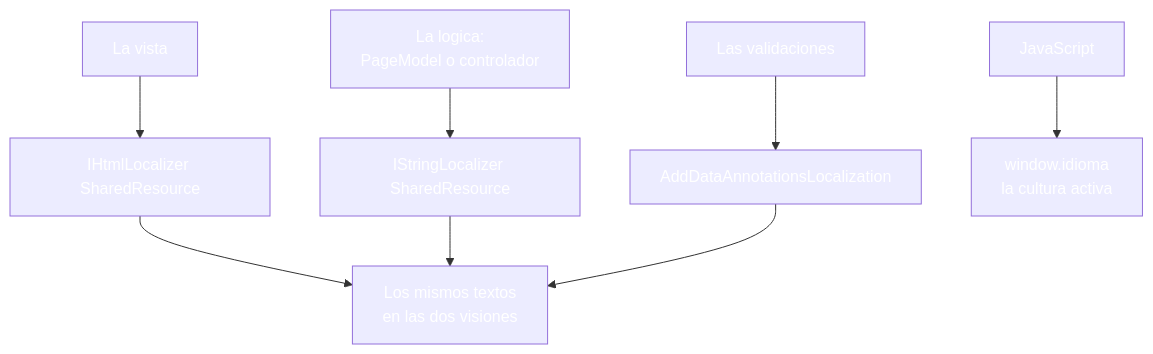
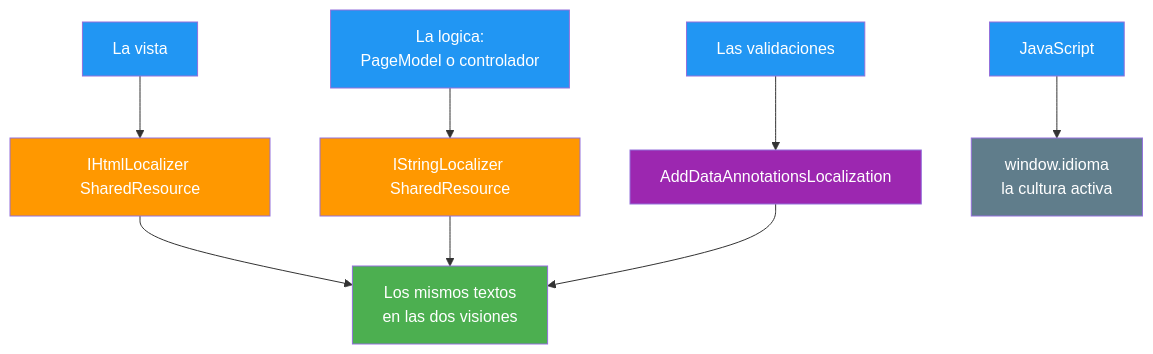
The fourth of 5 diagrams in 22-i18n-localizacion.md (joseluisgs/DesarrolloWebEntornosServidor-03-2026-2027), drawn with Mermaid before and after one commit. The commit also changed other lines of this file and 25 other files, not shown here.

Commit message:
docs: corregir los estilos Mermaid de los temas y alinear el dominio del tema 25 con ProductosApp

````diff
--- a/22-i18n-localizacion.md
+++ b/22-i18n-localizacion.md
@@ -378,19 +378,19 @@
 ```mermaid
 graph TD
     V["La vista"] --> HL["IHtmlLocalizer SharedResource"]
     L["La logica:<br/>PageModel o controlador"] --> SL["IStringLocalizer SharedResource"]
     F["Las validaciones"] --> DA["AddDataAnnotationsLocalization"]
     J["JavaScript"] --> G["window.idioma<br/>la cultura activa"]
     HL --> T["Los mismos textos<br/>en las dos visiones"]
     SL --> T
     DA --> T
-    style V fill:#2196F,color:#fff3,color:#fff
-    style L fill:#2196F,color:#fff3,color:#fff
-    style F fill:#2196F,color:#fff3,color:#fff
-    style J fill:#2196F,color:#fff3,color:#fff
-    style HL fill:#FF980,color:#fff0,color:#fff
-    style SL fill:#FF980,color:#fff0,color:#fff
-    style DA fill:#9C27B,color:#fff0,color:#fff
-    style G fill:#607D8,color:#fffB,color:#fff
-    style T fill:#4CAF5,color:#fff0,color:#fff
+    style V fill:#2196F3,color:#fff
+    style L fill:#2196F3,color:#fff
+    style F fill:#2196F3,color:#fff
+    style J fill:#2196F3,color:#fff
+    style HL fill:#FF9800,color:#fff
+    style SL fill:#FF9800,color:#fff
+    style DA fill:#9C27B0,color:#fff
+    style G fill:#607D8B,color:#fff
+    style T fill:#4CAF50,color:#fff
 ```
````
